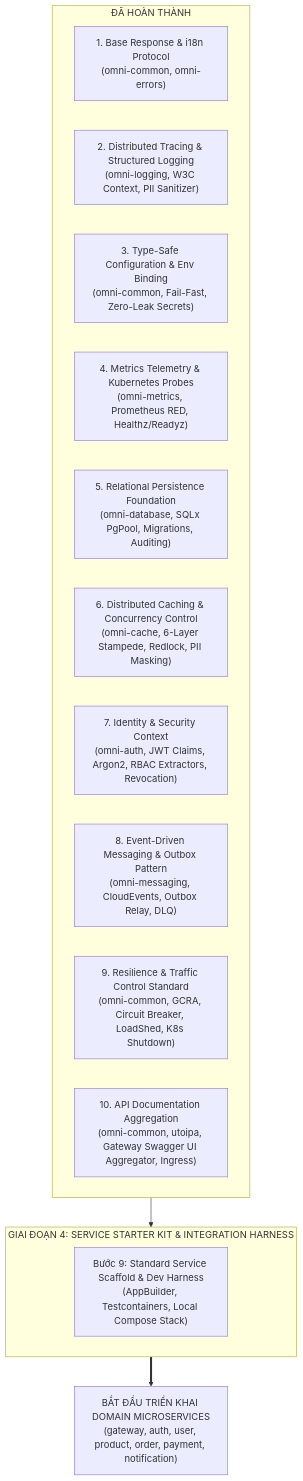
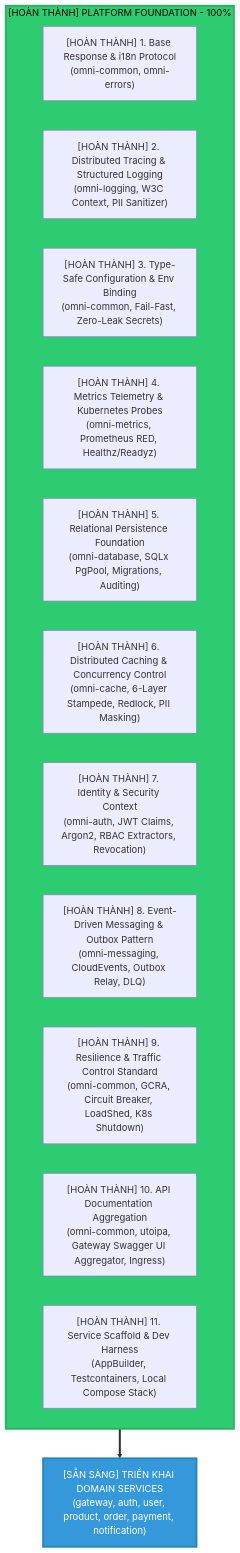
One commit to NQHxDev/OmniKubernetes changed the diagram in RoadMap.md. Above: the diagram before and after it, drawn with Mermaid. The commit also changed other lines of this file and 18 other files, not shown here.

Commit message:
refactor: modularize auth library architecture and cleanup CHANGELOG

````diff
--- a/RoadMap.md
+++ b/RoadMap.md
@@ -45,22 +79,21 @@
 ```mermaid
 flowchart TD
-    subgraph Done["ĐÃ HOÀN THÀNH"]
-        M01["1. Base Response & i18n Protocol<br/>(omni-common, omni-errors)"]
-        M02["2. Distributed Tracing & Structured Logging<br/>(omni-logging, W3C Context, PII Sanitizer)"]
-        M03["3. Type-Safe Configuration & Env Binding<br/>(omni-common, Fail-Fast, Zero-Leak Secrets)"]
-        M04["4. Metrics Telemetry & Kubernetes Probes<br/>(omni-metrics, Prometheus RED, Healthz/Readyz)"]
-        M05["5. Relational Persistence Foundation<br/>(omni-database, SQLx PgPool, Migrations, Auditing)"]
-        M06["6. Distributed Caching & Concurrency Control<br/>(omni-cache, 6-Layer Stampede, Redlock, PII Masking)"]
-        M07["7. Identity & Security Context<br/>(omni-auth, JWT Claims, Argon2, RBAC Extractors, Revocation)"]
-        M08["8. Event-Driven Messaging & Outbox Pattern<br/>(omni-messaging, CloudEvents, Outbox Relay, DLQ)"]
-        M09["9. Resilience & Traffic Control Standard<br/>(omni-common, GCRA, Circuit Breaker, LoadShed, K8s Shutdown)"]
-        M10["10. API Documentation Aggregation<br/>(omni-common, utoipa, Gateway Swagger UI Aggregator, Ingress)"]
+    subgraph Foundation["[HOÀN THÀNH] PLATFORM FOUNDATION - 100%"]
+        M01["[HOÀN THÀNH] 1. Base Response & i18n Protocol<br/>(omni-common, omni-errors)"]
+        M02["[HOÀN THÀNH] 2. Distributed Tracing & Structured Logging<br/>(omni-logging, W3C Context, PII Sanitizer)"]
+        M03["[HOÀN THÀNH] 3. Type-Safe Configuration & Env Binding<br/>(omni-common, Fail-Fast, Zero-Leak Secrets)"]
+        M04["[HOÀN THÀNH] 4. Metrics Telemetry & Kubernetes Probes<br/>(omni-metrics, Prometheus RED, Healthz/Readyz)"]
+        M05["[HOÀN THÀNH] 5. Relational Persistence Foundation<br/>(omni-database, SQLx PgPool, Migrations, Auditing)"]
+        M06["[HOÀN THÀNH] 6. Distributed Caching & Concurrency Control<br/>(omni-cache, 6-Layer Stampede, Redlock, PII Masking)"]
+        M07["[HOÀN THÀNH] 7. Identity & Security Context<br/>(omni-auth, JWT Claims, Argon2, RBAC Extractors, Revocation)"]
+        M08["[HOÀN THÀNH] 8. Event-Driven Messaging & Outbox Pattern<br/>(omni-messaging, CloudEvents, Outbox Relay, DLQ)"]
+        M09["[HOÀN THÀNH] 9. Resilience & Traffic Control Standard<br/>(omni-common, GCRA, Circuit Breaker, LoadShed, K8s Shutdown)"]
+        M10["[HOÀN THÀNH] 10. API Documentation Aggregation<br/>(omni-common, utoipa, Gateway Swagger UI Aggregator, Ingress)"]
+        M11["[HOÀN THÀNH] 11. Service Scaffold & Dev Harness<br/>(AppBuilder, Testcontainers, Local Compose Stack)"]
     end
 
-    subgraph Phase4["GIAI ĐOẠN 4: SERVICE STARTER KIT & INTEGRATION HARNESS"]
-        P9["Bước 9: Standard Service Scaffold & Dev Harness<br/>(AppBuilder, Testcontainers, Local Compose Stack)"]
-    end
+    Foundation ==> Ready["[SẴN SÀNG] TRIỂN KHAI DOMAIN SERVICES<br/>(gateway, auth, user, product, order, payment, notification)"]
 
-    Done --> Phase4
-    Phase4 ==> Target["BẮT ĐẦU TRIỂN KHAI DOMAIN MICROSERVICES<br/>(gateway, auth, user, product, order, payment, notification)"]
+    style Foundation fill:#2ecc71,stroke:#27ae60,stroke-width:3px,color:#000
+    style Ready fill:#3498db,stroke:#2980b9,stroke-width:3px,color:#fff
 ```
````
